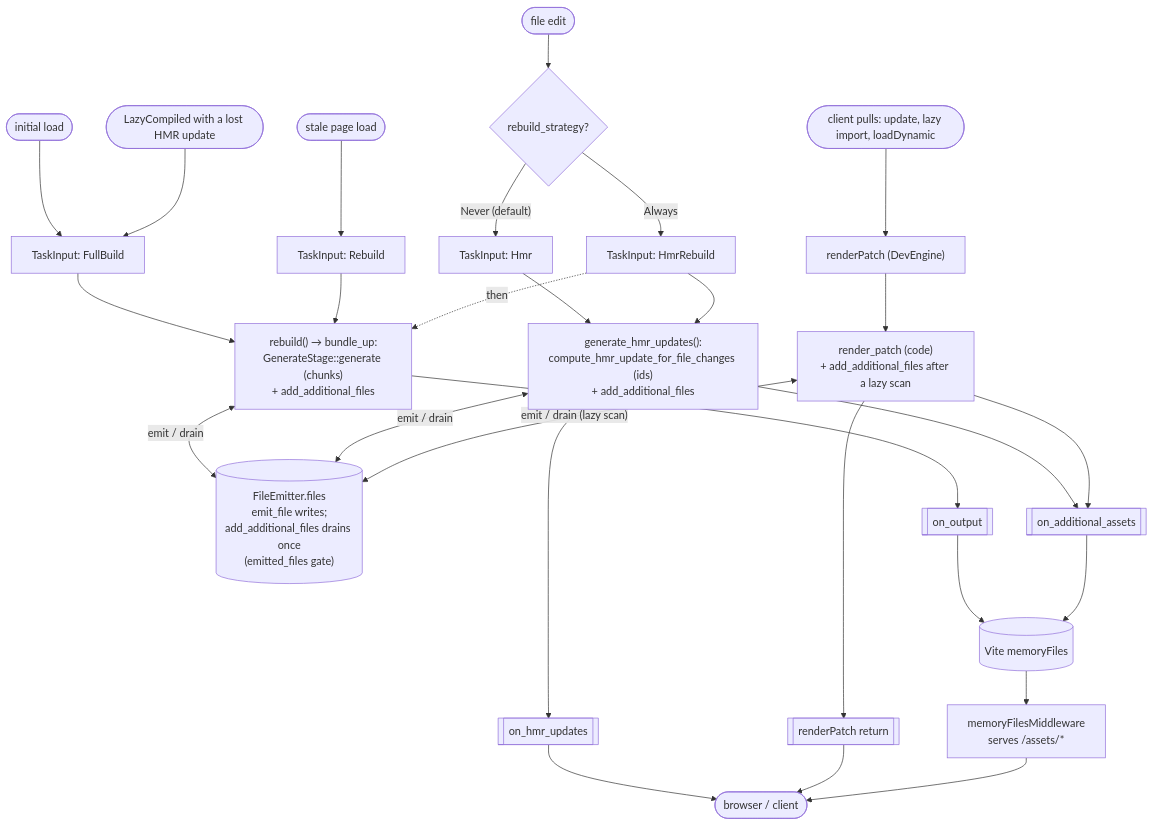
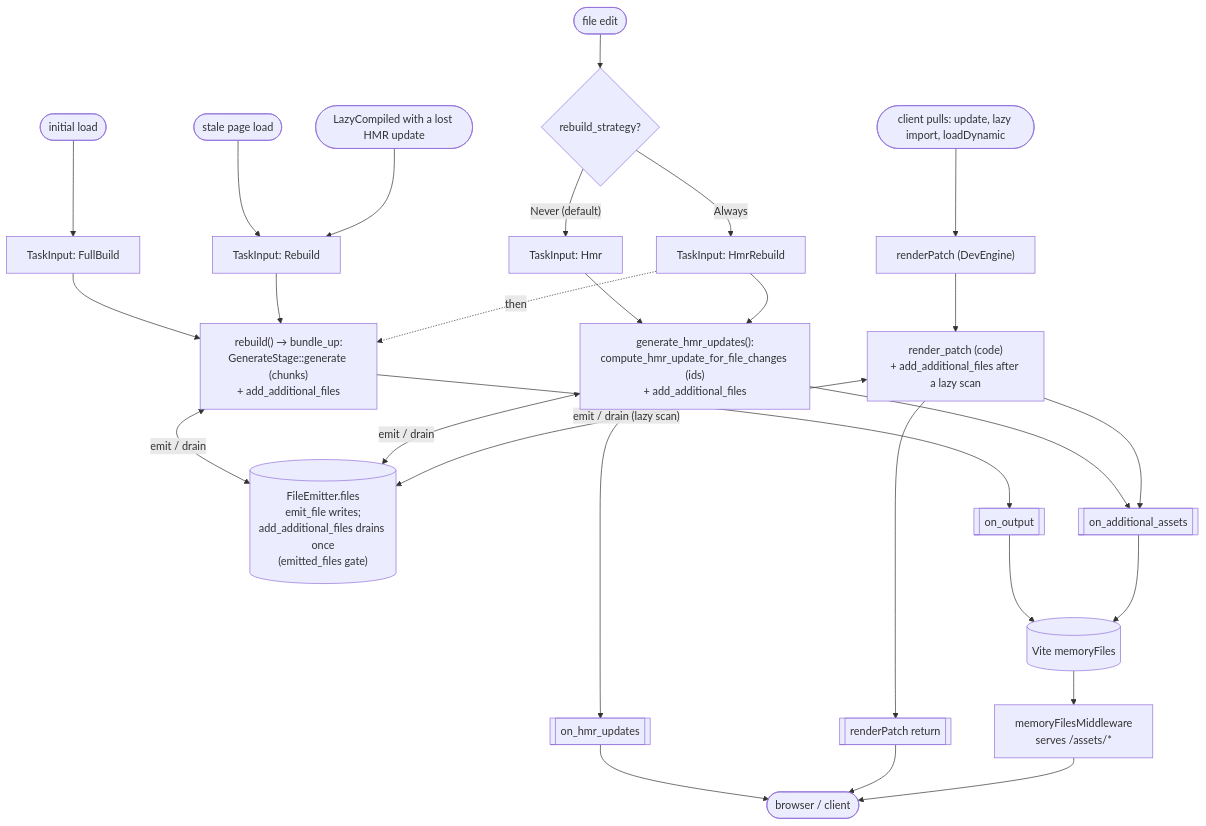
The second of 2 diagrams in internal-docs/dev-engine/implementation.md (rolldown/rolldown), drawn with Mermaid before and after one commit. The commit also changed other lines of this file and 4 other files, not shown here.

````diff
--- a/internal-docs/dev-engine/implementation.md
+++ b/internal-docs/dev-engine/implementation.md
@@ -1839,42 +1849,42 @@
 ```mermaid
 flowchart TD
   %% ===== triggers =====
   T1([initial load]) --> FULL["TaskInput: FullBuild"]
   T2([file edit]) --> D{"rebuild_strategy?"}
   T5([client pulls: update, lazy import, loadDynamic]) --> PULL["renderPatch (DevEngine)"]
   T4([stale page load]) --> REB["TaskInput: Rebuild"]
-  T6([LazyCompiled with a lost HMR update]) --> FULL
+  T6([LazyCompiled with a lost HMR update]) --> REB
 
   %% ===== dispatch (handle_file_changes) =====
   D -->|"Never (default)"| HMR["TaskInput: Hmr"]
   D -->|"Always"| HR["TaskInput: HmrRebuild"]
 
   %% ===== function chains =====
   FULL --> RB
   REB --> RB["rebuild() → bundle_up:<br/>GenerateStage::generate (chunks)<br/>+ add_additional_files"]
   HMR --> GH["generate_hmr_updates():<br/>compute_hmr_update_for_file_changes (ids)<br/>+ add_additional_files"]
   HR --> GH
   HR -. "then" .-> RB
   PULL --> RP["render_patch (code)<br/>+ add_additional_files after a lazy scan"]
 
   %% ===== shared emitter (asset bytes converge here) =====
   FE[("FileEmitter.files<br/>emit_file writes;<br/>add_additional_files drains once<br/>(emitted_files gate)")]
   RB <-->|"emit / drain"| FE
   GH <-->|"emit / drain"| FE
   RP <-->|"emit / drain (lazy scan)"| FE
 
   %% ===== callbacks =====
   RB --> OUT[["on_output"]]
   GH --> HMRU[["on_hmr_updates"]]
   GH --> ADD[["on_additional_assets"]]
   RP --> ADD
   RP --> PRET[["renderPatch return"]]
 
   %% ===== sinks =====
   OUT --> MEM[("Vite memoryFiles")]
   ADD --> MEM
   MEM --> MW["memoryFilesMiddleware<br/>serves /assets/*"]
   HMRU --> B(["browser / client"])
   PRET --> B
   MW --> B
 ```
````
